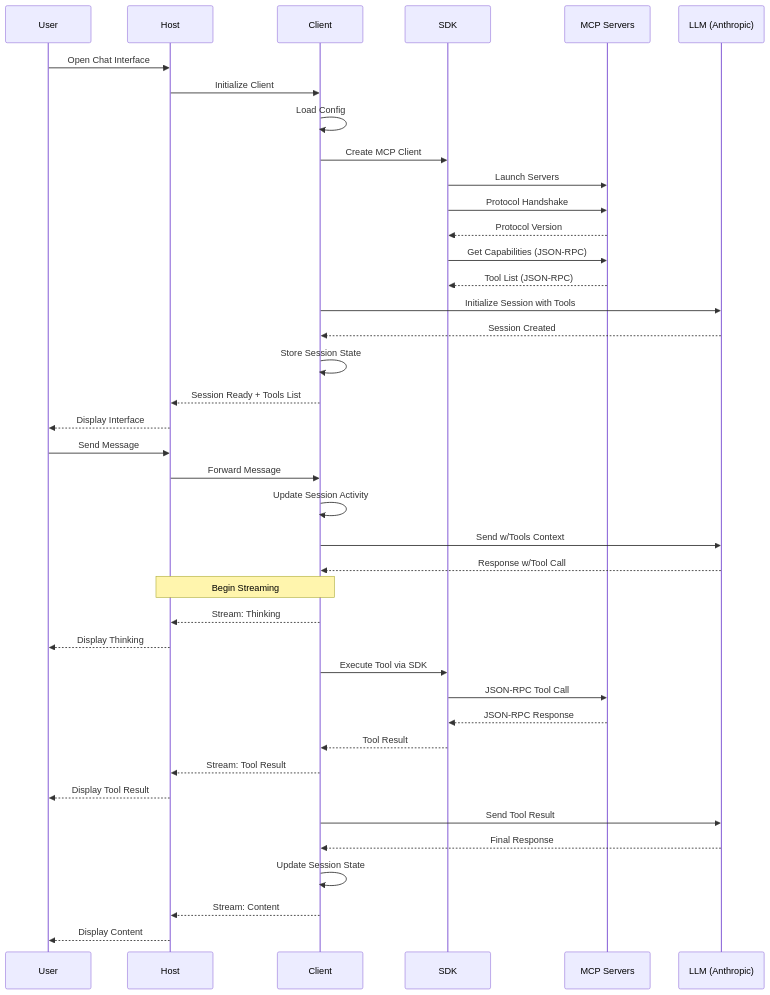
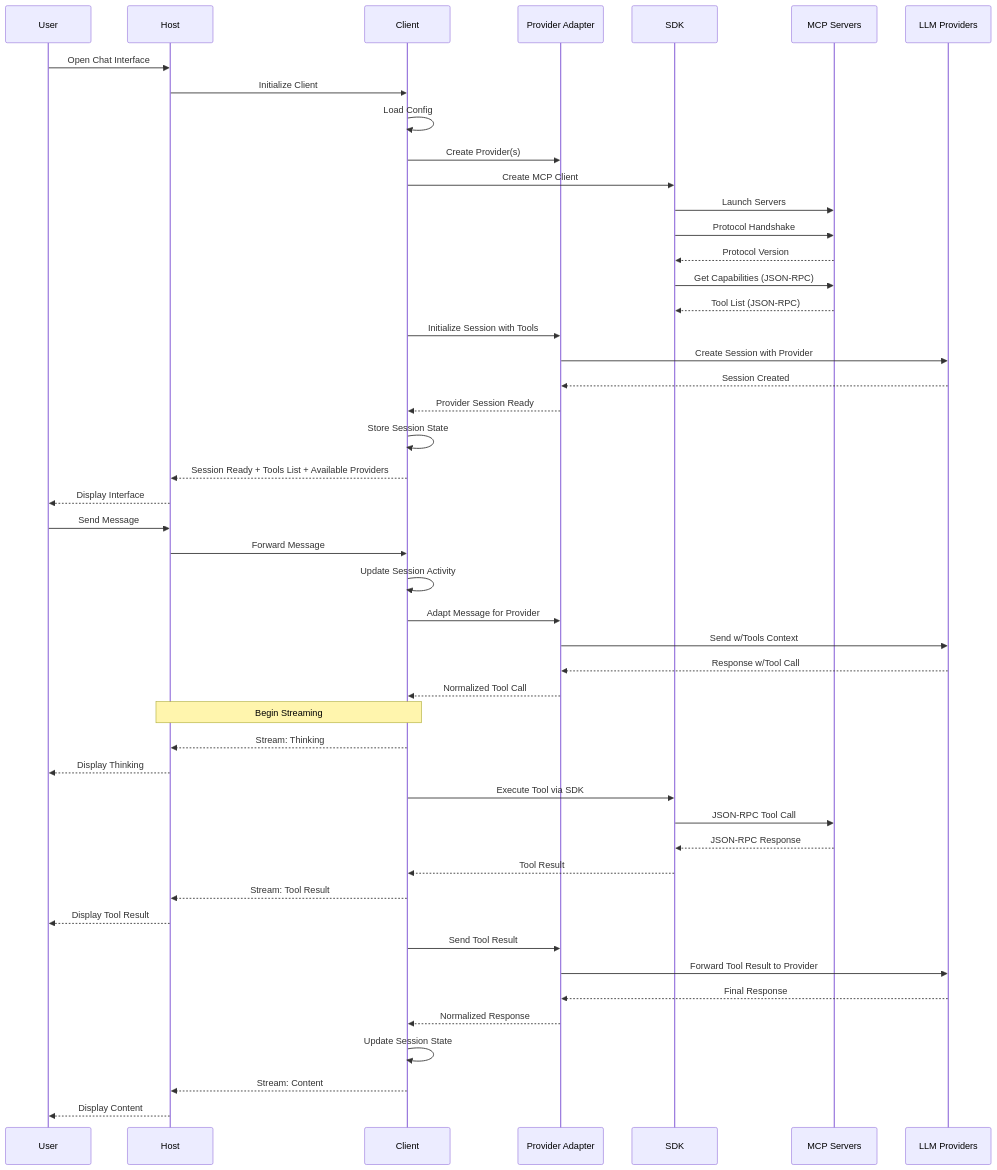
Before and after one commit to RinardNick/client_mcp: the first of 8 diagrams in dataflow.md, drawn with Mermaid. The commit also changed other lines of this file, not shown here.

Commit message:
docs: Update dataflow.md with multi-provider support and current capabilities

````diff
--- a/dataflow.md
+++ b/dataflow.md
@@ -63,49 +72,57 @@
 ```mermaid
 sequenceDiagram
     participant U as User
     participant H as Host
     participant C as Client
+    participant P as Provider Adapter
     participant S as SDK
     participant M as MCP Servers
-    participant L as LLM (Anthropic)
+    participant L as LLM Providers
 
     %% Initialization Flow
     U->>H: Open Chat Interface
     H->>C: Initialize Client
     C->>C: Load Config
+    C->>P: Create Provider(s)
     C->>S: Create MCP Client
     S->>M: Launch Servers
     S->>M: Protocol Handshake
     M-->>S: Protocol Version
     S->>M: Get Capabilities (JSON-RPC)
     M-->>S: Tool List (JSON-RPC)
-    C->>L: Initialize Session with Tools
-    L-->>C: Session Created
+    C->>P: Initialize Session with Tools
+    P->>L: Create Session with Provider
+    L-->>P: Session Created
+    P-->>C: Provider Session Ready
     C->>C: Store Session State
-    C-->>H: Session Ready + Tools List
+    C-->>H: Session Ready + Tools List + Available Providers
     H-->>U: Display Interface
 
     %% Message Flow
     U->>H: Send Message
     H->>C: Forward Message
     C->>C: Update Session Activity
-    C->>L: Send w/Tools Context
-    L-->>C: Response w/Tool Call
+    C->>P: Adapt Message for Provider
+    P->>L: Send w/Tools Context
+    L-->>P: Response w/Tool Call
+    P-->>C: Normalized Tool Call
 
     Note over H,C: Begin Streaming
     C-->>H: Stream: Thinking
     H-->>U: Display Thinking
 
     C->>S: Execute Tool via SDK
     S->>M: JSON-RPC Tool Call
     M-->>S: JSON-RPC Response
     S-->>C: Tool Result
     C-->>H: Stream: Tool Result
     H-->>U: Display Tool Result
 
-    C->>L: Send Tool Result
-    L-->>C: Final Response
+    C->>P: Send Tool Result
+    P->>L: Forward Tool Result to Provider
+    L-->>P: Final Response
+    P-->>C: Normalized Response
     C->>C: Update Session State
     C-->>H: Stream: Content
     H-->>U: Display Content
 ```
````
